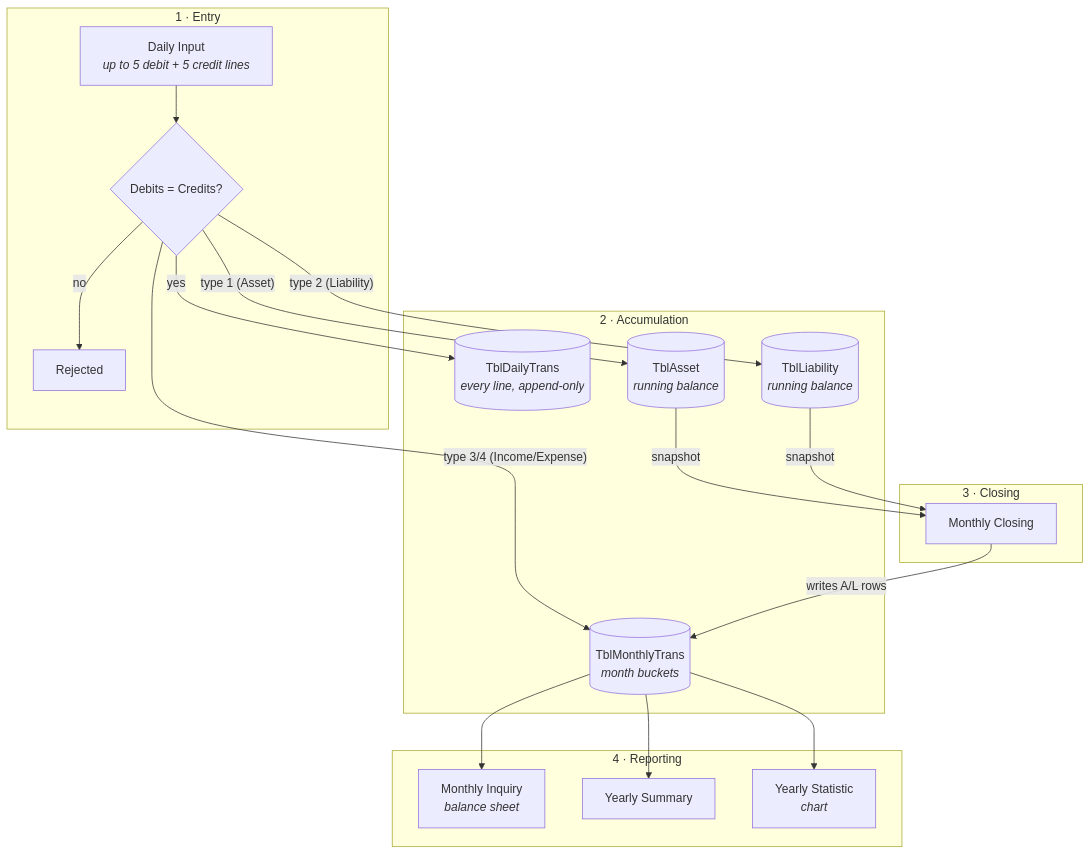
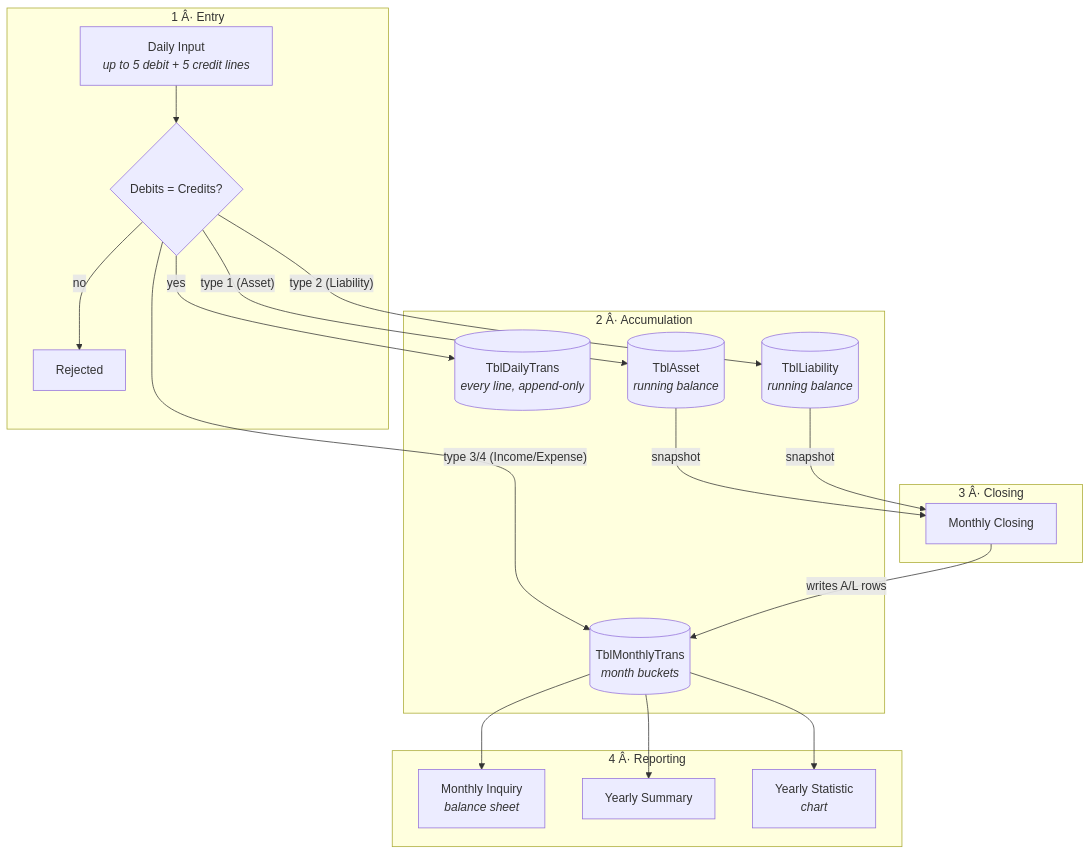
The first of 3 diagrams in README.md (oscar-rijadi/FinancialBalance), drawn with Mermaid before and after one commit. The commit also changed other lines of this file and 39 other files, not shown here.

````diff
--- a/README.md
+++ b/README.md
@@ -31,39 +31,39 @@
 ```mermaid
 flowchart TD
-    subgraph entry["1 · Entry"]
+    subgraph entry["1 Â· Entry"]
         DI["Daily Input<br/><i>up to 5 debit + 5 credit lines</i>"]
         CHK{"Debits = Credits?"}
         DI --> CHK
         CHK -- "no" --> REJ["Rejected"]
     end
 
-    subgraph accum["2 · Accumulation"]
+    subgraph accum["2 Â· Accumulation"]
         DT[("TblDailyTrans<br/><i>every line, append-only</i>")]
         AS[("TblAsset<br/><i>running balance</i>")]
         LI[("TblLiability<br/><i>running balance</i>")]
         MT[("TblMonthlyTrans<br/><i>month buckets</i>")]
     end
 
-    subgraph close["3 · Closing"]
+    subgraph close["3 Â· Closing"]
         MC["Monthly Closing"]
     end
 
-    subgraph report["4 · Reporting"]
+    subgraph report["4 Â· Reporting"]
         MI["Monthly Inquiry<br/><i>balance sheet</i>"]
         YS["Yearly Summary"]
         YT["Yearly Statistic<br/><i>chart</i>"]
     end
 
     CHK -- "yes" --> DT
     CHK -- "type 1 (Asset)" --> AS
     CHK -- "type 2 (Liability)" --> LI
     CHK -- "type 3/4 (Income/Expense)" --> MT
 
     AS -- "snapshot" --> MC
     LI -- "snapshot" --> MC
     MC -- "writes A/L rows" --> MT
 
     MT --> MI
     MT --> YS
     MT --> YT
 ```
````
